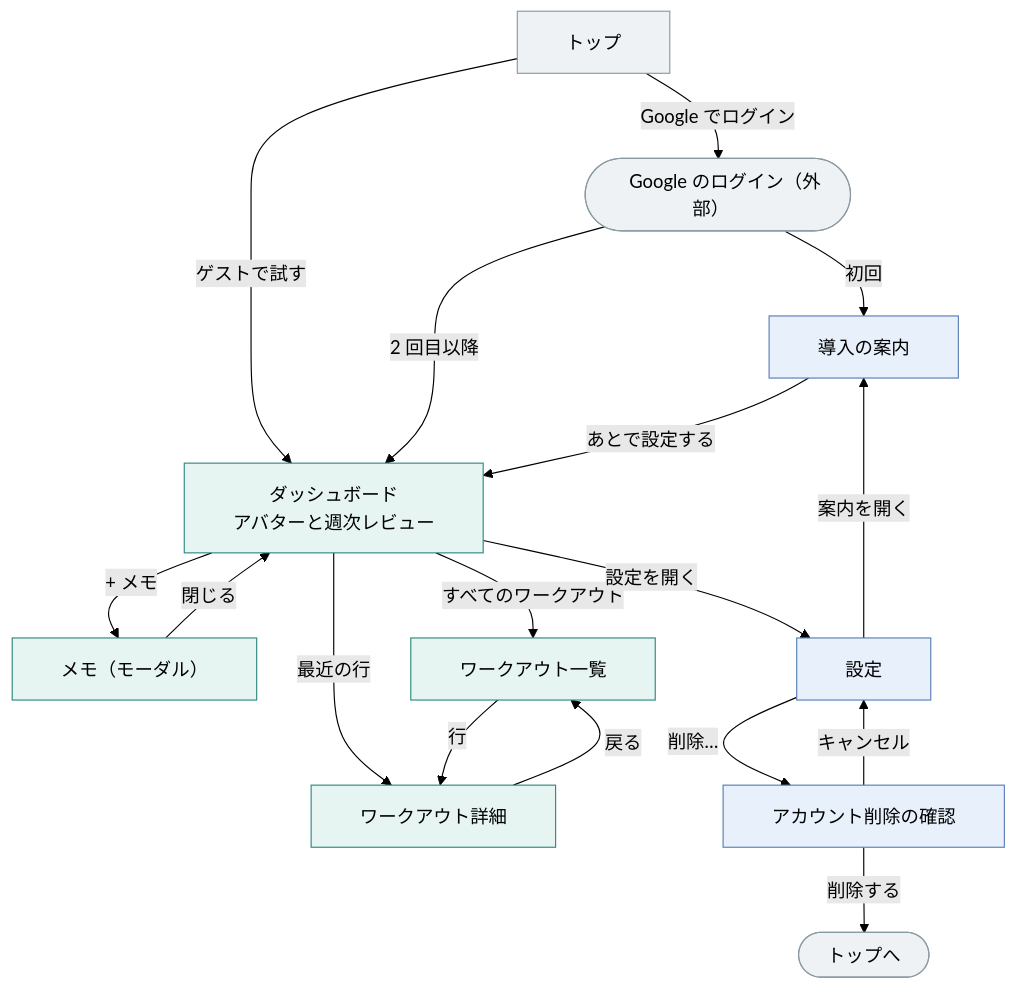
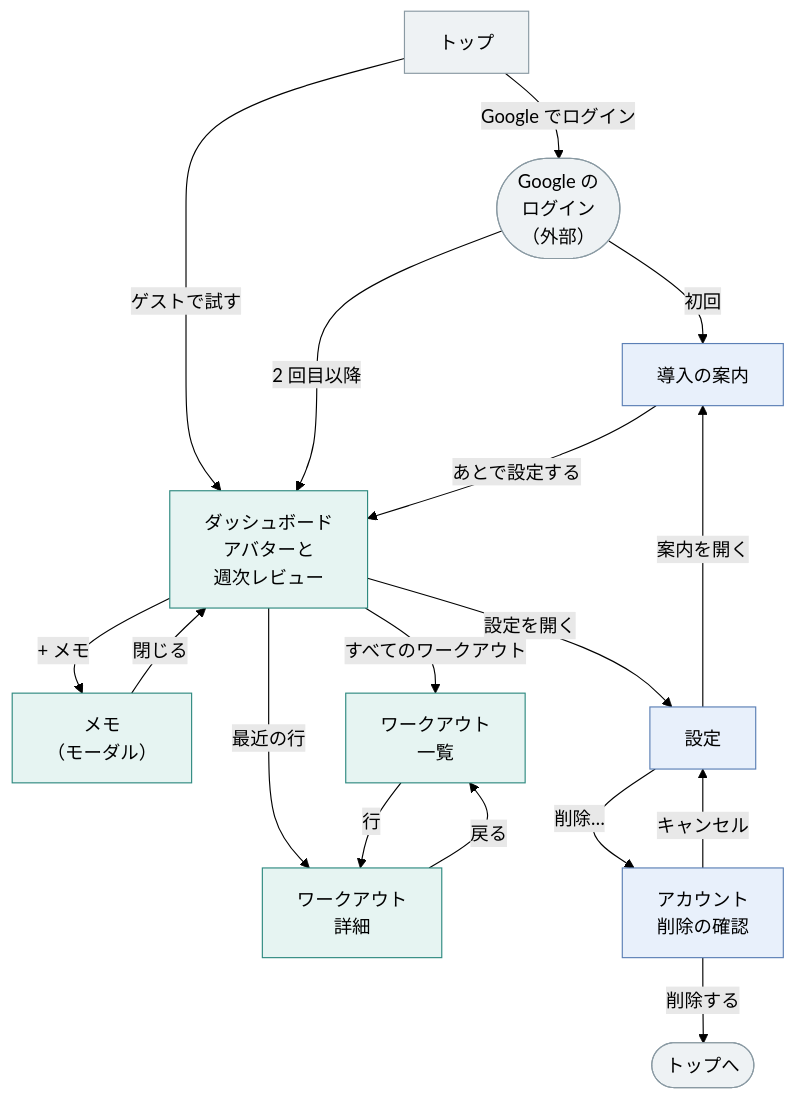
Before and after one commit to d-station-grid/loadline: the diagram in docs/screen-transition.md, drawn with Mermaid (forest theme).

Commit message:
画面遷移図の箱の文字が切れないよう、空白をやめて長い名前を改行する

````diff
--- a/docs/screen-transition.md
+++ b/docs/screen-transition.md
@@ -5,39 +5,39 @@
 ```mermaid
 flowchart TD
-  top["#nbsp;#nbsp;#nbsp;トップ#nbsp;#nbsp;#nbsp;"]
-  google(["#nbsp;#nbsp;#nbsp;Google のログイン（外部）#nbsp;#nbsp;#nbsp;"])
-  guide["#nbsp;#nbsp;#nbsp;導入の案内#nbsp;#nbsp;#nbsp;"]
-  dashboard["#nbsp;#nbsp;#nbsp;ダッシュボード#nbsp;#nbsp;#nbsp;<br>#nbsp;#nbsp;#nbsp;アバターと週次レビュー#nbsp;#nbsp;#nbsp;"]
-  note["#nbsp;#nbsp;#nbsp;メモ（モーダル）#nbsp;#nbsp;#nbsp;"]
-  workouts["#nbsp;#nbsp;#nbsp;ワークアウト一覧#nbsp;#nbsp;#nbsp;"]
-  workout["#nbsp;#nbsp;#nbsp;ワークアウト詳細#nbsp;#nbsp;#nbsp;"]
-  settings["#nbsp;#nbsp;#nbsp;設定#nbsp;#nbsp;#nbsp;"]
-  confirm["#nbsp;#nbsp;#nbsp;アカウント削除の確認#nbsp;#nbsp;#nbsp;"]
-  bye(["#nbsp;#nbsp;#nbsp;トップへ#nbsp;#nbsp;#nbsp;"])
+  top["トップ"]
+  google(["Google の<br>ログイン<br>（外部）"])
+  guide["導入の案内"]
+  dashboard["ダッシュボード<br>アバターと<br>週次レビュー"]
+  note["メモ<br>（モーダル）"]
+  workouts["ワークアウト<br>一覧"]
+  workout["ワークアウト<br>詳細"]
+  settings["設定"]
+  confirm["アカウント<br>削除の確認"]
+  bye(["トップへ"])
 
   top -->|"Google でログイン"| google
   top -->|"ゲストで試す"| dashboard
   google -->|"初回"| guide
   google -->|"2 回目以降"| dashboard
   guide -->|"あとで設定する"| dashboard
 
   dashboard -->|"+ メモ"| note
   note -->|"閉じる"| dashboard
   dashboard -->|"すべてのワークアウト"| workouts
   dashboard -->|"最近の行"| workout
   workouts -->|"行"| workout
   workout -->|"戻る"| workouts
 
   dashboard -->|"設定を開く"| settings
   settings -->|"案内を開く"| guide
   settings -->|"削除…"| confirm
   confirm -->|"キャンセル"| settings
   confirm -->|"削除する"| bye
 
   classDef before fill:#eef2f4,stroke:#8a9aa3
   classDef setup fill:#e8f0fb,stroke:#5b7fb5
   classDef view fill:#e6f4f2,stroke:#2f8a80
   class top,google,bye before
   class guide,settings,confirm setup
   class dashboard,note,workouts,workout view
 ```
````
